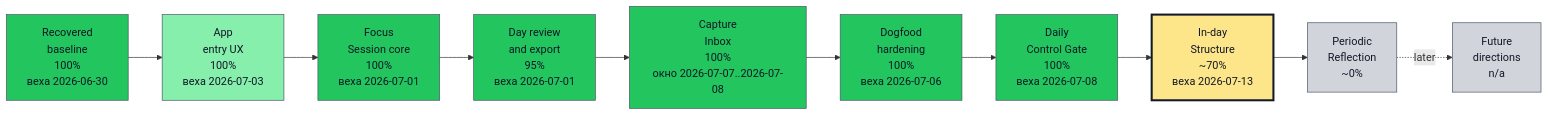
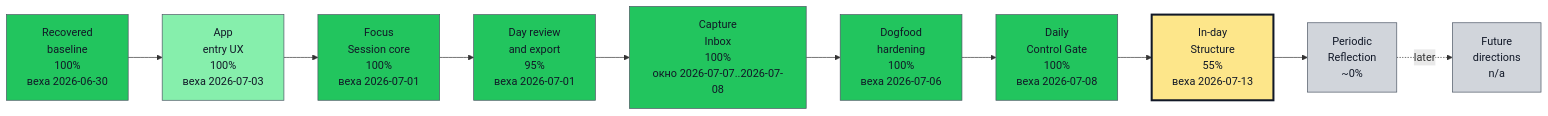
The first of 2 diagrams in docs/roadmap/opskarta.md (asukhodko/timeskein), drawn with Mermaid before and after one commit. The commit also changed other lines of this file and 12 other files, not shown here.

````diff
--- a/docs/roadmap/opskarta.md
+++ b/docs/roadmap/opskarta.md
@@ -58,44 +58,44 @@
 ```mermaid
 flowchart LR
 
     classDef exec_done fill:#22c55e,stroke:#4b5563,color:#111827,stroke-width:1px
     classDef exec_in_progress fill:#0ea5e9,stroke:#4b5563,color:#111827,stroke-width:1px
     classDef exec_blocked fill:#fecaca,stroke:#4b5563,color:#111827,stroke-width:1px
     classDef exec_not_started fill:#9ca3af,stroke:#4b5563,color:#111827,stroke-width:1px
     classDef exec_mgmt_green fill:#86efac,stroke:#4b5563,color:#111827,stroke-width:1px
     classDef exec_mgmt_yellow fill:#fde68a,stroke:#4b5563,color:#111827,stroke-width:1px
     classDef exec_mgmt_red fill:#fca5a5,stroke:#4b5563,color:#111827,stroke-width:1px
     classDef exec_mgmt_neutral fill:#d1d5db,stroke:#4b5563,color:#111827,stroke-width:1px
 
     recovered_baseline["Recovered<br/>baseline<br/>100%<br/>веха 2026-06-30"]
     class recovered_baseline exec_done
     app_entry_ux["App<br/>entry UX<br/>100%<br/>веха 2026-07-03"]
     class app_entry_ux exec_mgmt_green
     focus_session_core["Focus<br/>Session core<br/>100%<br/>веха 2026-07-01"]
     class focus_session_core exec_done
     day_review_export["Day review<br/>and export<br/>95%<br/>веха 2026-07-01"]
     class day_review_export exec_done
     capture_inbox["Capture<br/>Inbox<br/>100%<br/>окно 2026-07-07..2026-07-08"]
     class capture_inbox exec_done
     dogfood_hardening["Dogfood<br/>hardening<br/>100%<br/>веха 2026-07-06"]
     class dogfood_hardening exec_done
     daily_control_gate["Daily<br/>Control Gate<br/>100%<br/>веха 2026-07-08"]
     class daily_control_gate exec_done
-    in_day_structure["In-day<br/>Structure<br/>~70%<br/>веха 2026-07-13"]
+    in_day_structure["In-day<br/>Structure<br/>55%<br/>веха 2026-07-13"]
     class in_day_structure exec_mgmt_yellow
     style in_day_structure stroke:#111827,stroke-width:3px
     periodic_reflection["Periodic<br/>Reflection<br/>~0%"]
     class periodic_reflection exec_mgmt_neutral
     future_directions["Future<br/>directions<br/>n/a"]
     class future_directions exec_mgmt_neutral
 
     recovered_baseline --> app_entry_ux
     app_entry_ux --> focus_session_core
     focus_session_core --> day_review_export
     day_review_export --> capture_inbox
     capture_inbox --> dogfood_hardening
     dogfood_hardening --> daily_control_gate
     daily_control_gate --> in_day_structure
     in_day_structure --> periodic_reflection
     periodic_reflection -. later .-> future_directions
 ```
````
